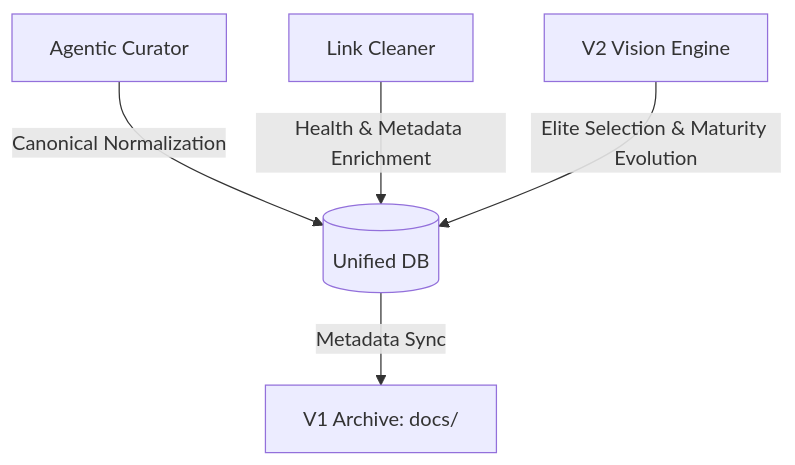
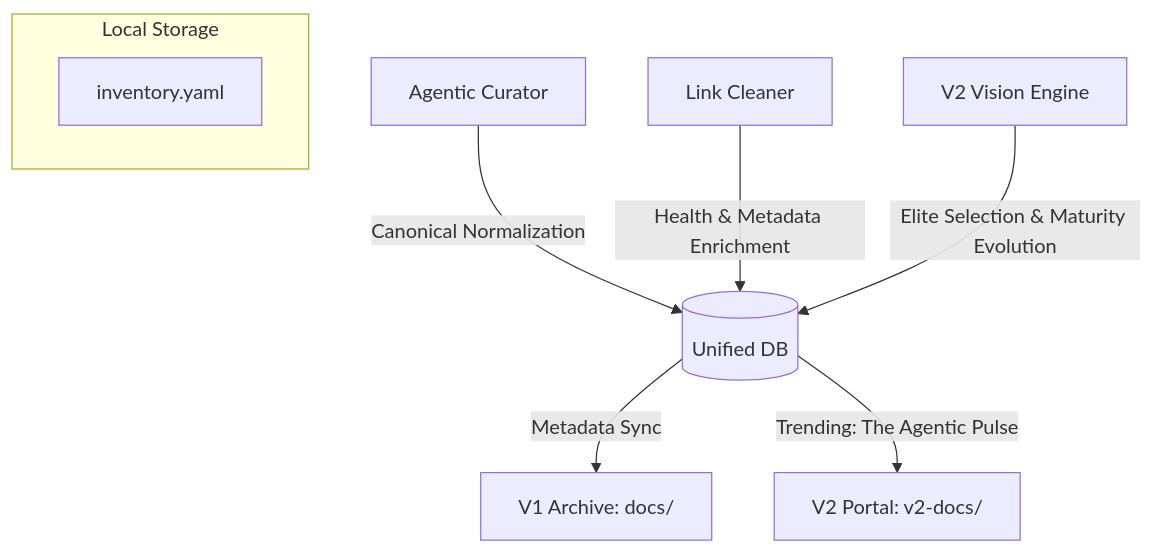
Before and after one commit to nubenetes/awesome-kubernetes: the fourth of 4 diagrams in README.md, drawn with Mermaid. The commit also changed other lines of this file, not shown here.

````diff
--- a/README.md
+++ b/README.md
@@ -273,7 +365,11 @@
 ```mermaid
 graph TD
     AC[Agentic Curator] -->|Canonical Normalization| DB[(Unified DB)]
     LC[Link Cleaner] -->|Health & Metadata Enrichment| DB
     V2[V2 Vision Engine] -->|Elite Selection & Maturity Evolution| DB
     DB -->|Metadata Sync| V1[V1 Archive: docs/]
+    DB -->|Trending: The Agentic Pulse| V2P[V2 Portal: v2-docs/]
+    subgraph Local Storage
+        DB1[inventory.yaml]
+    end
 ```
````
